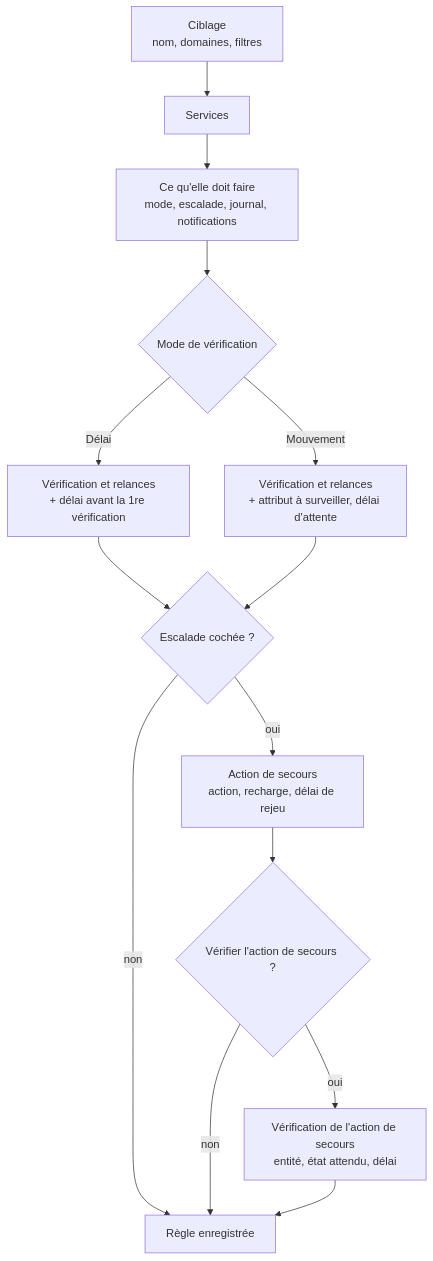
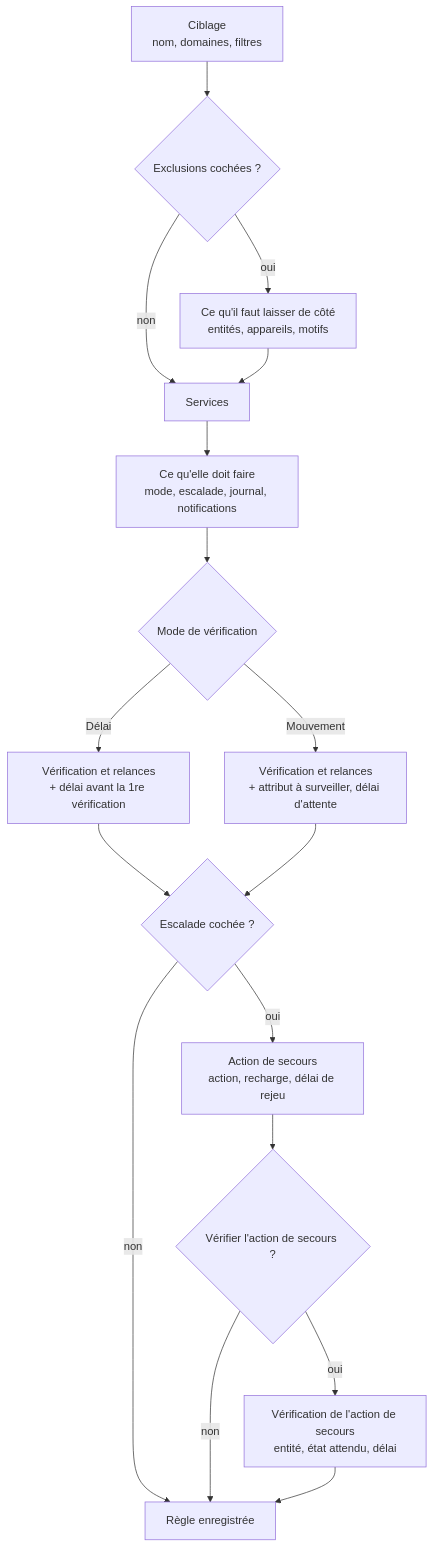
The third of 3 diagrams in docs/documentation.fr.md (cddu33/ha-action_control), drawn with Mermaid before and after one commit. The commit also changed other lines of this file and 15 other files, not shown here.

````diff
--- a/docs/documentation.fr.md
+++ b/docs/documentation.fr.md
@@ -154,16 +159,19 @@
 ```mermaid
 flowchart TD
-    A["Ciblage<br/>nom, domaines, filtres"] --> B["Services"]
+    A["Ciblage<br/>nom, domaines, filtres"] --> A2{"Exclusions cochées ?"}
+    A2 -->|non| B["Services"]
+    A2 -->|oui| A3["Ce qu'il faut laisser de côté<br/>entités, appareils, motifs"]
+    A3 --> B
     B --> C["Ce qu'elle doit faire<br/>mode, escalade, journal, notifications"]
     C --> D{"Mode de vérification"}
     D -->|Délai| E["Vérification et relances<br/>+ délai avant la 1re vérification"]
     D -->|Mouvement| F["Vérification et relances<br/>+ attribut à surveiller, délai d'attente"]
     E --> G{"Escalade cochée ?"}
     F --> G
     G -->|non| Z["Règle enregistrée"]
     G -->|oui| H["Action de secours<br/>action, recharge, délai de rejeu"]
     H --> I{"Vérifier l'action de secours ?"}
     I -->|non| Z
     I -->|oui| J["Vérification de l'action de secours<br/>entité, état attendu, délai"]
     J --> Z
 ```
````
